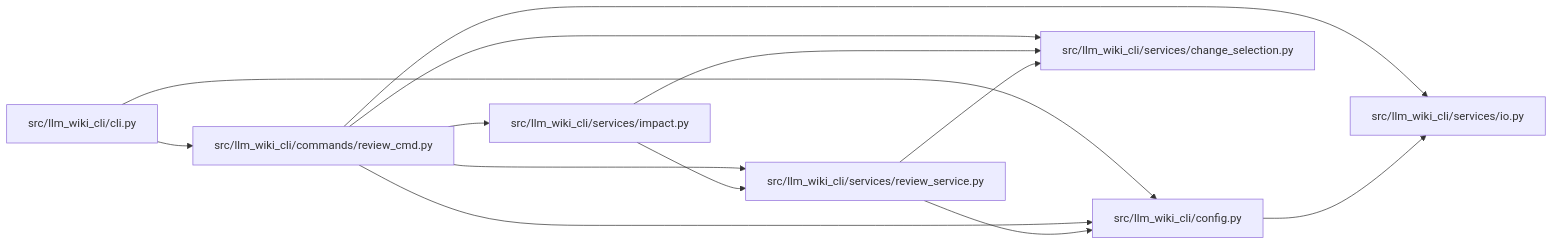
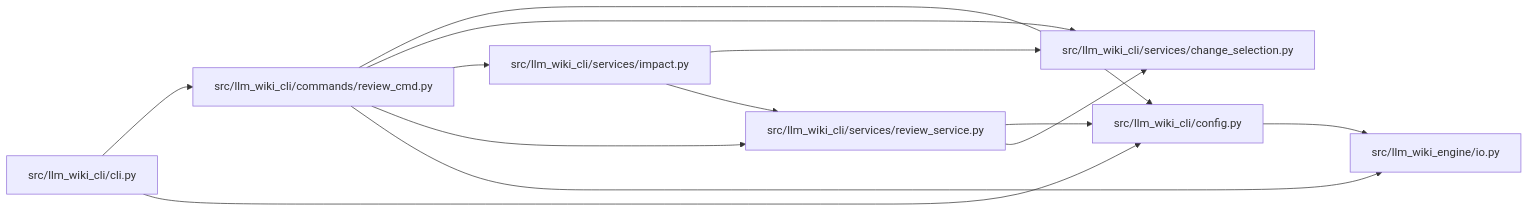
The diagram in docs/llm_wiki/modules/review_cmd.md (Denissvgn/python-wiki-llm), drawn with Mermaid before and after one commit. The commit also changed other lines of this file and 739 other files, not shown here.

First line of the commit message:
docs: refresh the wiki for the second engine batch

````diff
--- a/docs/llm_wiki/modules/review_cmd.md
+++ b/docs/llm_wiki/modules/review_cmd.md
@@ -37,29 +37,29 @@
 ```mermaid
 flowchart LR
     n0["src/llm_wiki_cli/cli.py"]
     n1["src/llm_wiki_cli/commands/review_cmd.py"]
     n2["src/llm_wiki_cli/config.py"]
     n3["src/llm_wiki_cli/services/change_selection.py"]
     n4["src/llm_wiki_cli/services/impact.py"]
-    n5["src/llm_wiki_cli/services/io.py"]
-    n6["src/llm_wiki_cli/services/review_service.py"]
+    n5["src/llm_wiki_cli/services/review_service.py"]
+    n6["src/llm_wiki_engine/io.py"]
     n0 --> n1
     n0 --> n2
     n1 --> n2
     n1 --> n3
     n1 --> n4
     n1 --> n5
     n1 --> n6
-    n2 --> n5
+    n2 --> n6
     n4 --> n3
-    n4 --> n6
-    n6 --> n2
-    n6 --> n3
+    n4 --> n5
+    n5 --> n2
+    n5 --> n3
     click n0 "../modules/cli.md"
     click n1 "../modules/review_cmd.md"
     click n2 "../modules/config.md"
     click n3 "../modules/change_selection.md"
     click n4 "../modules/impact.md"
-    click n5 "../modules/io.md"
-    click n6 "../modules/review_service.md"
+    click n5 "../modules/review_service.md"
+    click n6 "../modules/io.md"
 ```
````
